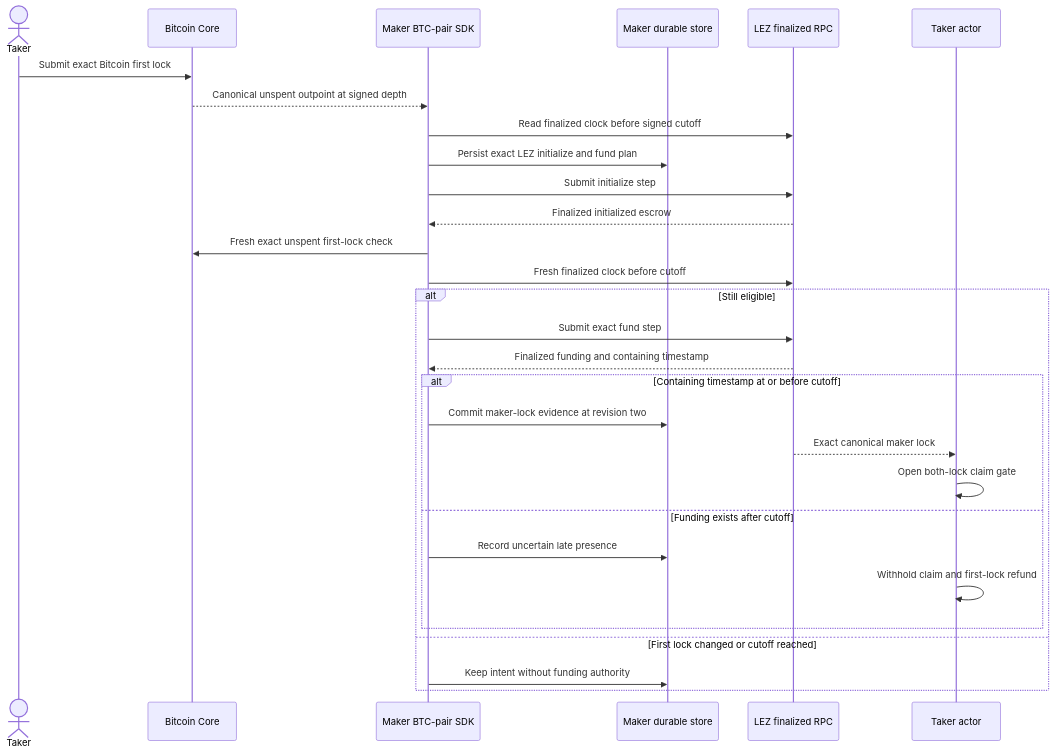
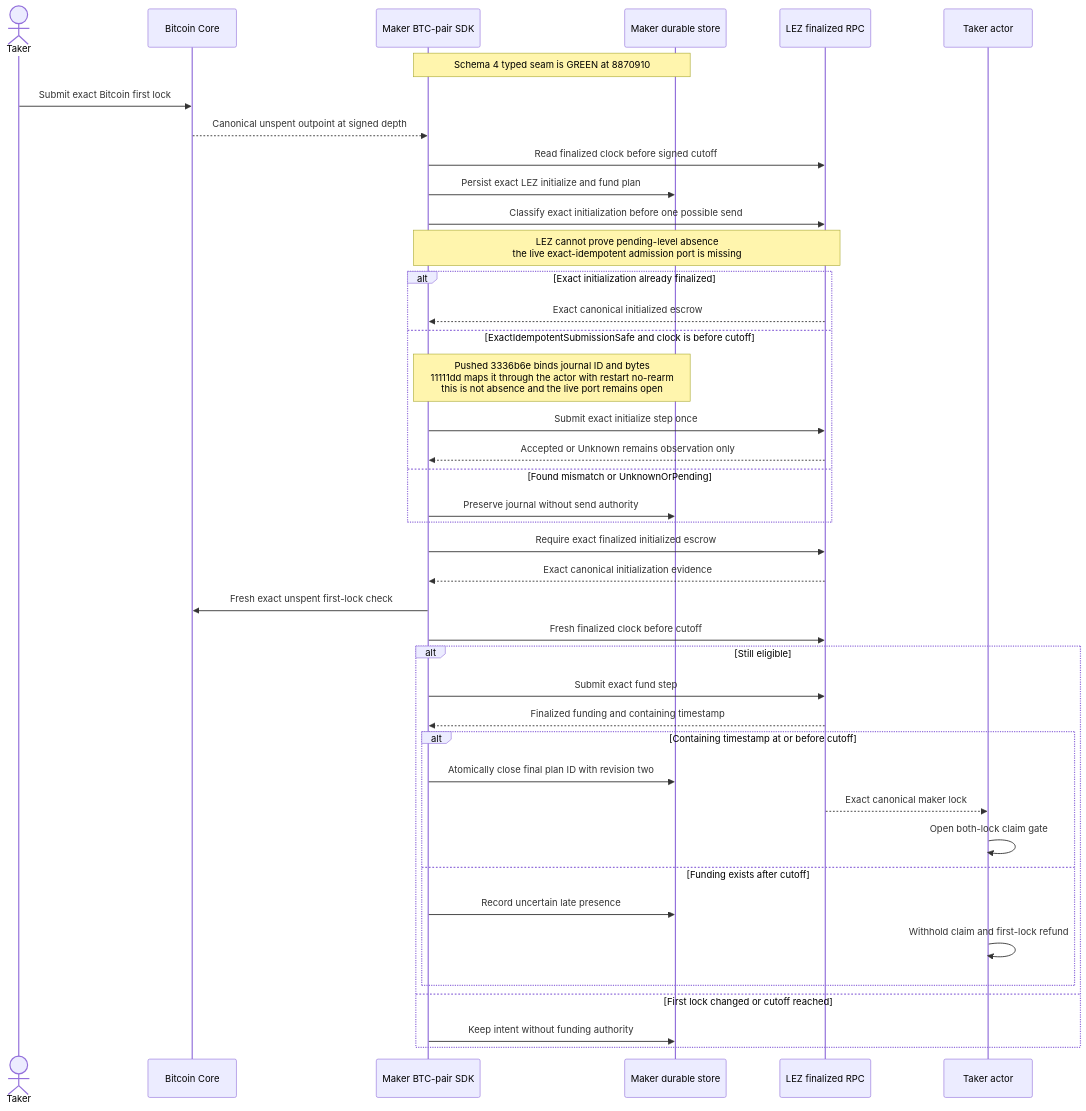
One commit to gateway-fm/lez-atomic-swaps changed the second of 3 diagrams in docs/architecture/0039-admit-first-lock-recovery-only-after-cross-chain-cutoff.md. Above: the diagram before and after it, drawn with Mermaid. The commit also changed other lines of this file and 8 other files, not shown here.

Commit message:
docs: reconcile M3 maker admission architecture

````diff
--- a/docs/architecture/0039-admit-first-lock-recovery-only-after-cross-chain-cutoff.md
+++ b/docs/architecture/0039-admit-first-lock-recovery-only-after-cross-chain-cutoff.md
@@ -106,32 +110,44 @@
 ```mermaid
 sequenceDiagram
     actor Taker
     participant Bitcoin as Bitcoin Core
     participant MakerSDK as Maker BTC-pair SDK
     participant Store as Maker durable store
     participant Lez as LEZ finalized RPC
     participant TakerActor as Taker actor
 
+    Note over MakerSDK,Store: Schema 4 typed seam is GREEN at 8870910
     Taker->>Bitcoin: Submit exact Bitcoin first lock
     Bitcoin-->>MakerSDK: Canonical unspent outpoint at signed depth
     MakerSDK->>Lez: Read finalized clock before signed cutoff
     MakerSDK->>Store: Persist exact LEZ initialize and fund plan
-    MakerSDK->>Lez: Submit initialize step
-    Lez-->>MakerSDK: Finalized initialized escrow
+    MakerSDK->>Lez: Classify exact initialization before one possible send
+    Note over MakerSDK,Lez: LEZ cannot prove pending-level absence<br/>the live exact-idempotent admission port is missing
+    alt Exact initialization already finalized
+        Lez-->>MakerSDK: Exact canonical initialized escrow
+    else ExactIdempotentSubmissionSafe and clock is before cutoff
+        Note over MakerSDK,Store: Pushed 3336b6e binds journal ID and bytes<br/>11111dd maps it through the actor with restart no-rearm<br/>this is not absence and the live port remains open
+        MakerSDK->>Lez: Submit exact initialize step once
+        Lez-->>MakerSDK: Accepted or Unknown remains observation only
+    else Found mismatch or UnknownOrPending
+        MakerSDK->>Store: Preserve journal without send authority
+    end
+    MakerSDK->>Lez: Require exact finalized initialized escrow
+    Lez-->>MakerSDK: Exact canonical initialization evidence
     MakerSDK->>Bitcoin: Fresh exact unspent first-lock check
     MakerSDK->>Lez: Fresh finalized clock before cutoff
     alt Still eligible
         MakerSDK->>Lez: Submit exact fund step
         Lez-->>MakerSDK: Finalized funding and containing timestamp
         alt Containing timestamp at or before cutoff
-            MakerSDK->>Store: Commit maker-lock evidence at revision two
+            MakerSDK->>Store: Atomically close final plan ID with revision two
             Lez-->>TakerActor: Exact canonical maker lock
             TakerActor->>TakerActor: Open both-lock claim gate
         else Funding exists after cutoff
             MakerSDK->>Store: Record uncertain late presence
             TakerActor->>TakerActor: Withhold claim and first-lock refund
         end
     else First lock changed or cutoff reached
         MakerSDK->>Store: Keep intent without funding authority
     end
 ```
````
